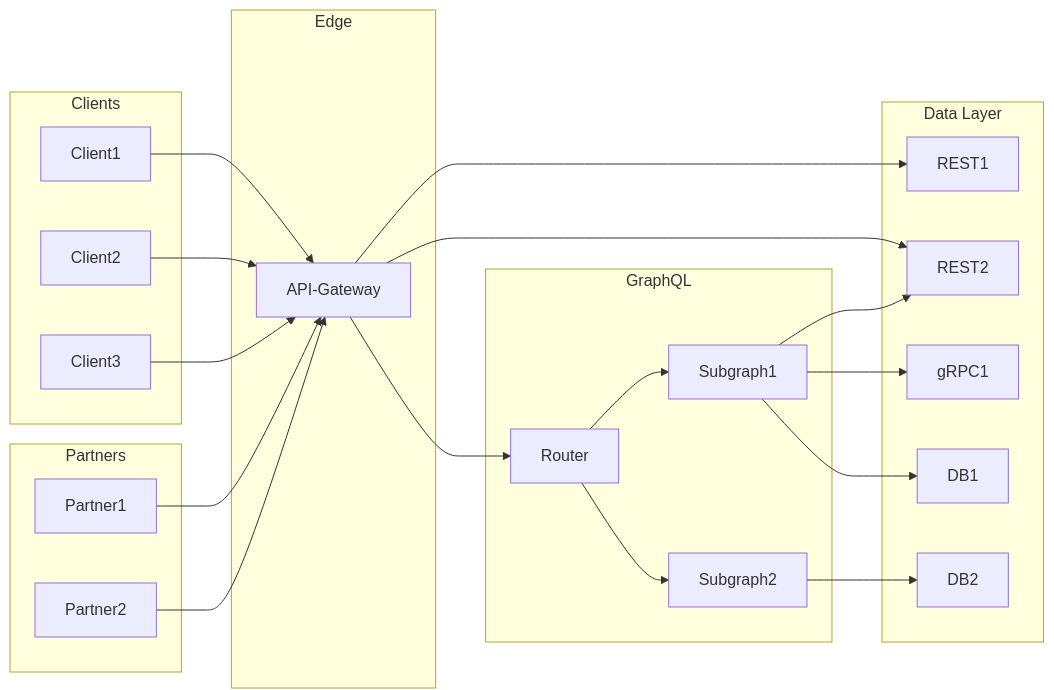
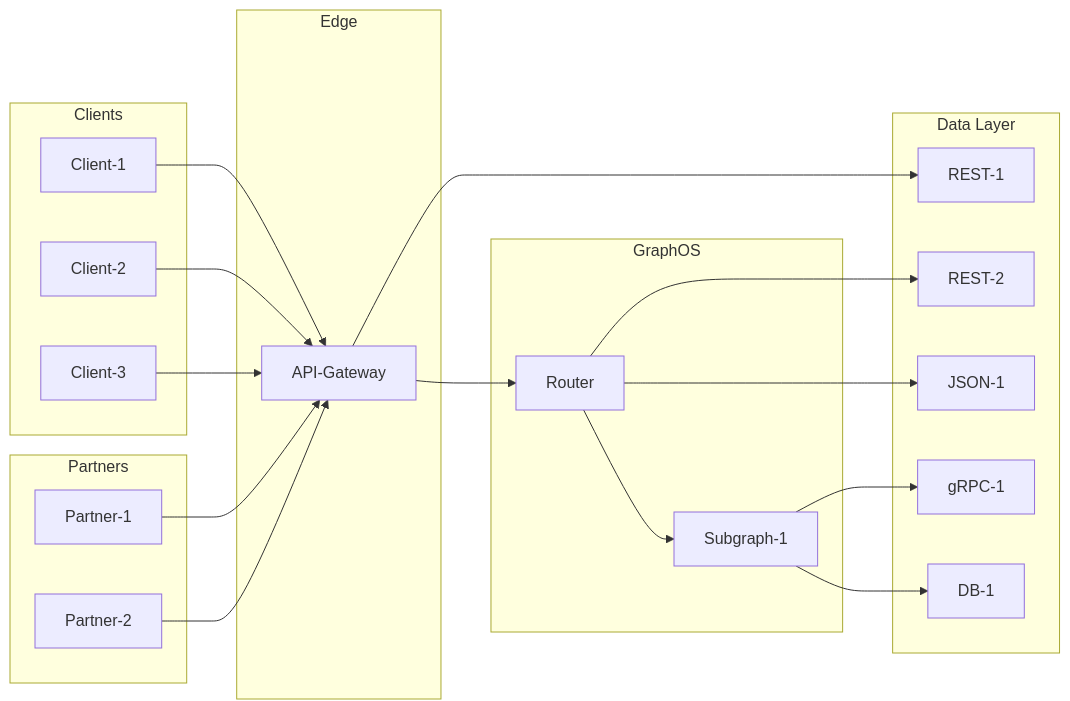
Before and after one commit to apollographql/router: the diagram in docs/source/routing/router-api-gateway-comparison.mdx, drawn with Mermaid. The commit also changed other lines of this file, not shown here.

Commit message:
Update API Gateway technote

````diff
--- a/docs/source/routing/router-api-gateway-comparison.mdx
+++ b/docs/source/routing/router-api-gateway-comparison.mdx
@@ -56,49 +71,46 @@
 ```mermaid
 graph LR
 
 subgraph Clients
-  Client1
-  Client2
-  Client3
+  Client-1
+  Client-2
+  Client-3
 end
 
 subgraph Partners
-  Partner1
-  Partner2
+  Partner-1
+  Partner-2
 end
 
 subgraph Edge
   API-Gateway
 end
 
 style Edge height:100%;
 
-subgraph GraphQL
+subgraph GraphOS
   Router
-  Subgraph1
-  Subgraph2
+  Subgraph-1
 end
 
 subgraph Data Layer
-  REST1
-  REST2
-  gRPC1
-  DB1
-  DB2
+  REST-1
+  REST-2
+  JSON-1
+  gRPC-1
+  DB-1
 end
 
-Client1 --> API-Gateway
-Client2 --> API-Gateway
-Client3  --> API-Gateway
-Partner1 --> API-Gateway
-Partner2 --> API-Gateway
+Client-1 --> API-Gateway
+Client-2 --> API-Gateway
+Client-3  --> API-Gateway
+Partner-1 --> API-Gateway
+Partner-2 --> API-Gateway
 API-Gateway --> Router
-API-Gateway --> REST1
-API-Gateway --> REST2
-Router --> Subgraph1
-Router --> Subgraph2
-Subgraph1 --> gRPC1
-Subgraph1 --> DB1
-Subgraph1 --> REST2
-Subgraph2 --> DB2
+API-Gateway --> REST-1
+Router --> Subgraph-1
+Router --> REST-2
+Router --> JSON-1
+Subgraph-1 --> gRPC-1
+Subgraph-1 --> DB-1
 ```
````
